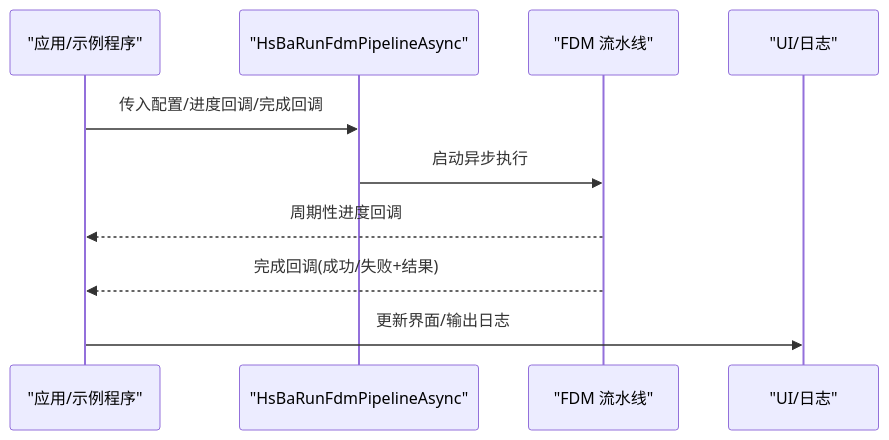
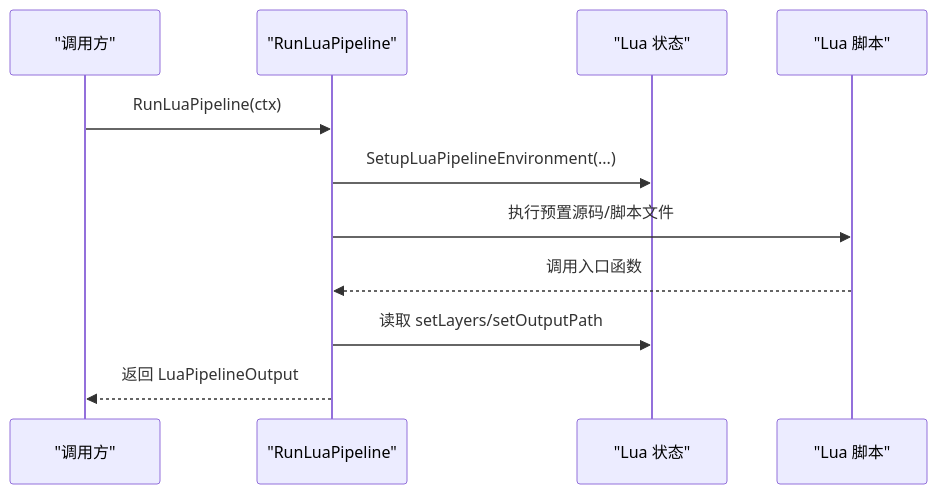
The eighth of 9 diagrams in .qoder/repowiki/zh/content/扩展开发指南/事件系统开发.md (hsmbanlance/HsBaSlicer), drawn with Mermaid before and after one commit. The commit also changed other lines of this file and 1135 other files, not shown here.

````diff
--- a/.qoder/repowiki/zh/content/扩展开发指南/事件系统开发.md
+++ b/.qoder/repowiki/zh/content/扩展开发指南/事件系统开发.md
@@ -258,12 +332,13 @@
 ```mermaid
 sequenceDiagram
-participant App as "应用/示例程序"
-participant API as "HsBaRunFdmPipelineAsync"
-participant Pipeline as "FDM 流水线"
-participant UI as "UI/日志"
-App->>API : 传入配置/进度回调/完成回调
-API->>Pipeline : 启动异步执行
-Pipeline-->>App : 周期性进度回调
-Pipeline-->>App : 完成回调(成功/失败+结果)
-App->>UI : 更新界面/输出日志
+participant Caller as "调用方"
+participant Runner as "RunLuaPipeline"
+participant L as "Lua 状态"
+participant Script as "Lua 脚本"
+Caller->>Runner : RunLuaPipeline(ctx)
+Runner->>L : SetupLuaPipelineEnvironment(...)
+Runner->>Script : 执行预置源码/脚本文件
+Script-->>Runner : 调用入口函数
+Runner->>L : 读取 setLayers/setOutputPath
+Runner-->>Caller : 返回 LuaPipelineOutput
 ```
````
